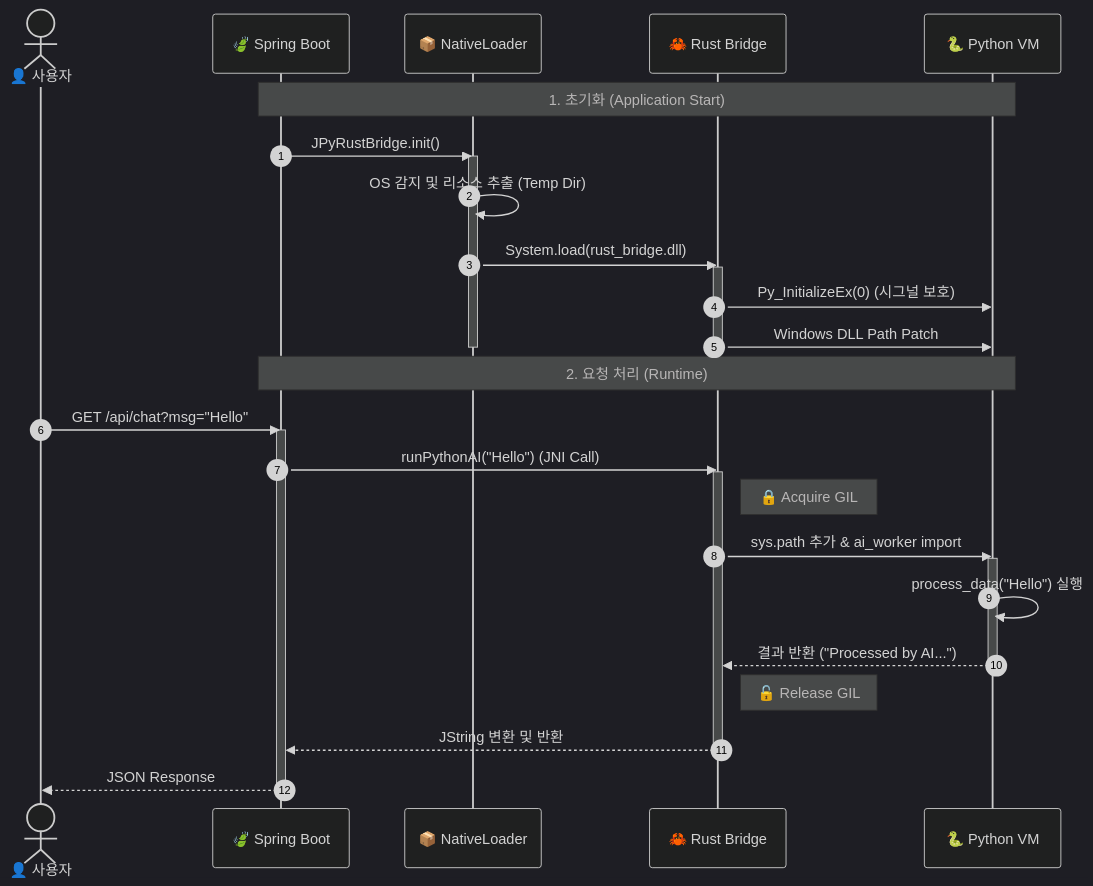
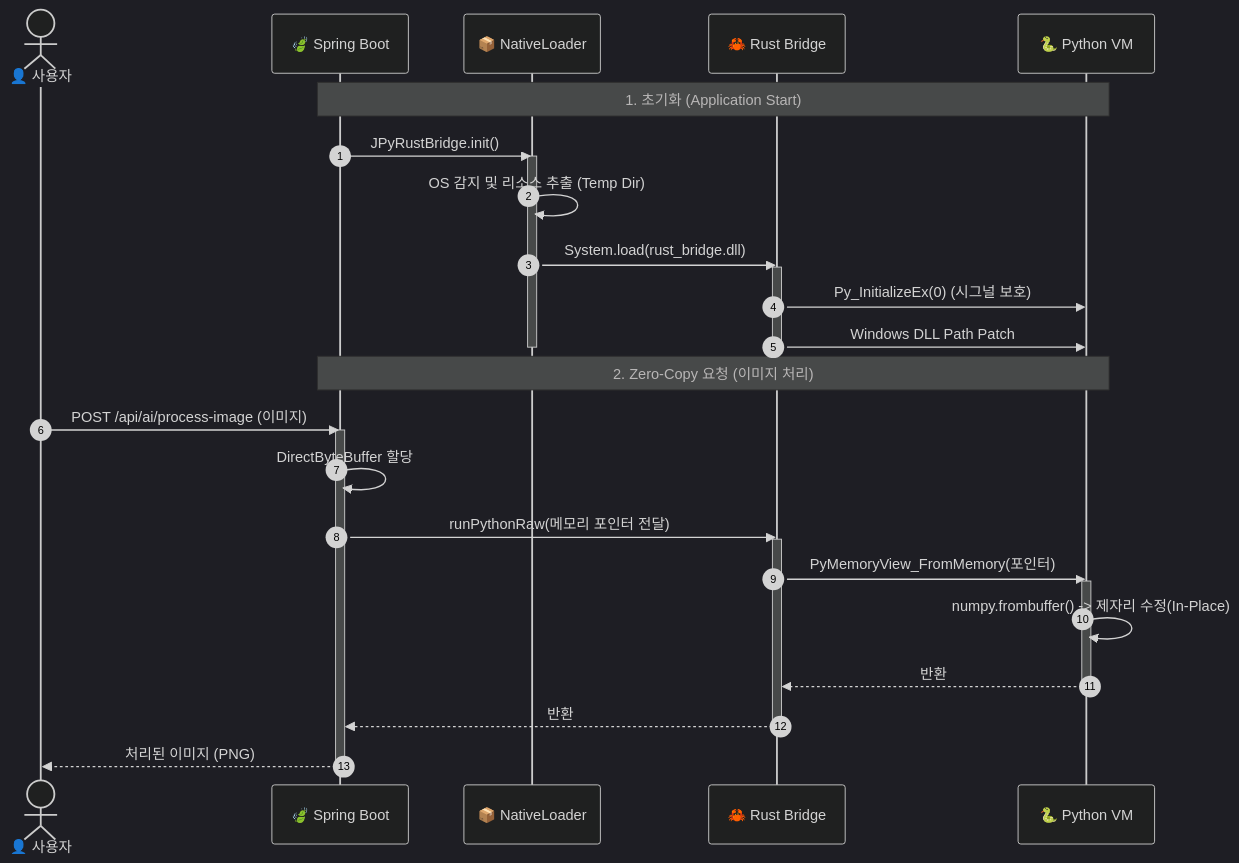
Before and after one commit to farmer0010/JPyRust: the second of 2 diagrams in README_KR.md, drawn with Mermaid (dark theme). The commit also changed other lines of this file and 1 other file, not shown here.

Commit message:
docs: Update README.md and README_KR.md with Zero-Copy, Automation, and Demo details

````diff
--- a/README_KR.md
+++ b/README_KR.md
@@ -80,37 +89,36 @@
 ```mermaid
 sequenceDiagram
     autonumber
     actor User as 👤 사용자
     participant Boot as 🍃 Spring Boot
     participant Loader as 📦 NativeLoader
     participant Rust as 🦀 Rust Bridge
     participant Py as 🐍 Python VM
 %% 초기화 단계
 Note over Boot, Py: 1. 초기화 (Application Start)
 Boot->>Loader: JPyRustBridge.init()
 activate Loader
 Loader->>Loader: OS 감지 및 리소스 추출 (Temp Dir)
 Loader->>Rust: System.load(rust_bridge.dll)
 activate Rust
 Rust->>Py: Py_InitializeEx(0) (시그널 보호)
 Rust->>Py: Windows DLL Path Patch
 deactivate Rust
 deactivate Loader
-%% 실행 단계
-Note over Boot, Py: 2. 요청 처리 (Runtime)
-User->>Boot: GET /api/chat?msg="Hello"
+%% 실행 단계 (Zero-Copy)
+Note over Boot, Py: 2. Zero-Copy 요청 (이미지 처리)
+User->>Boot: POST /api/ai/process-image (이미지)
 activate Boot
-Boot->>Rust: runPythonAI("Hello") (JNI Call)
+Boot->>Boot: DirectByteBuffer 할당
+Boot->>Rust: runPythonRaw(메모리 포인터 전달)
 activate Rust
-Note right of Rust: 🔒 Acquire GIL
-Rust->>Py: sys.path 추가 & ai_worker import
+Rust->>Py: PyMemoryView_FromMemory(포인터)
 activate Py
-Py->>Py: process_data("Hello") 실행
-Py-->>Rust: 결과 반환 ("Processed by AI...")
+Py->>Py: numpy.frombuffer() -> 제자리 수정(In-Place)
+Py-->>Rust: 반환
 deactivate Py
-Note right of Rust: 🔓 Release GIL
-Rust-->>Boot: JString 변환 및 반환
+Rust-->>Boot: 반환
 deactivate Rust
-Boot-->>User: JSON Response
+Boot-->>User: 처리된 이미지 (PNG)
 deactivate Boot
 ```
````
